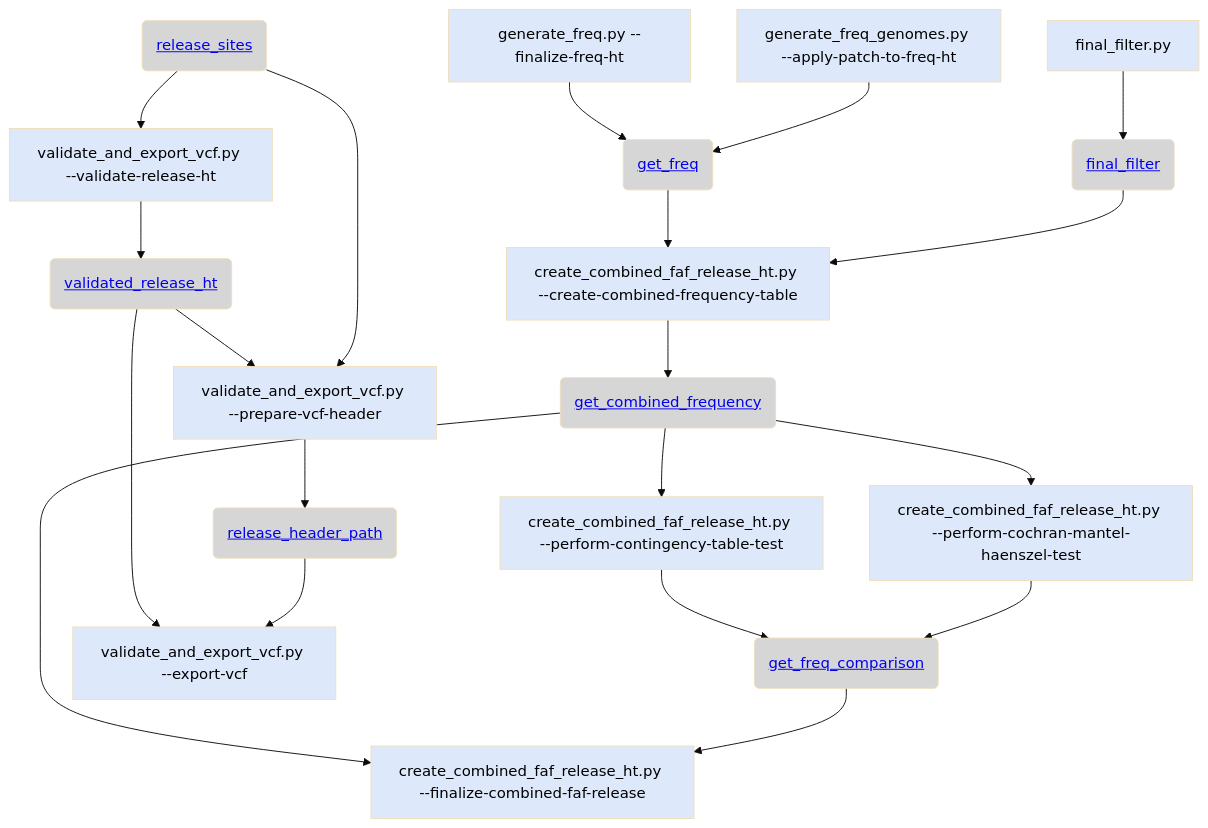
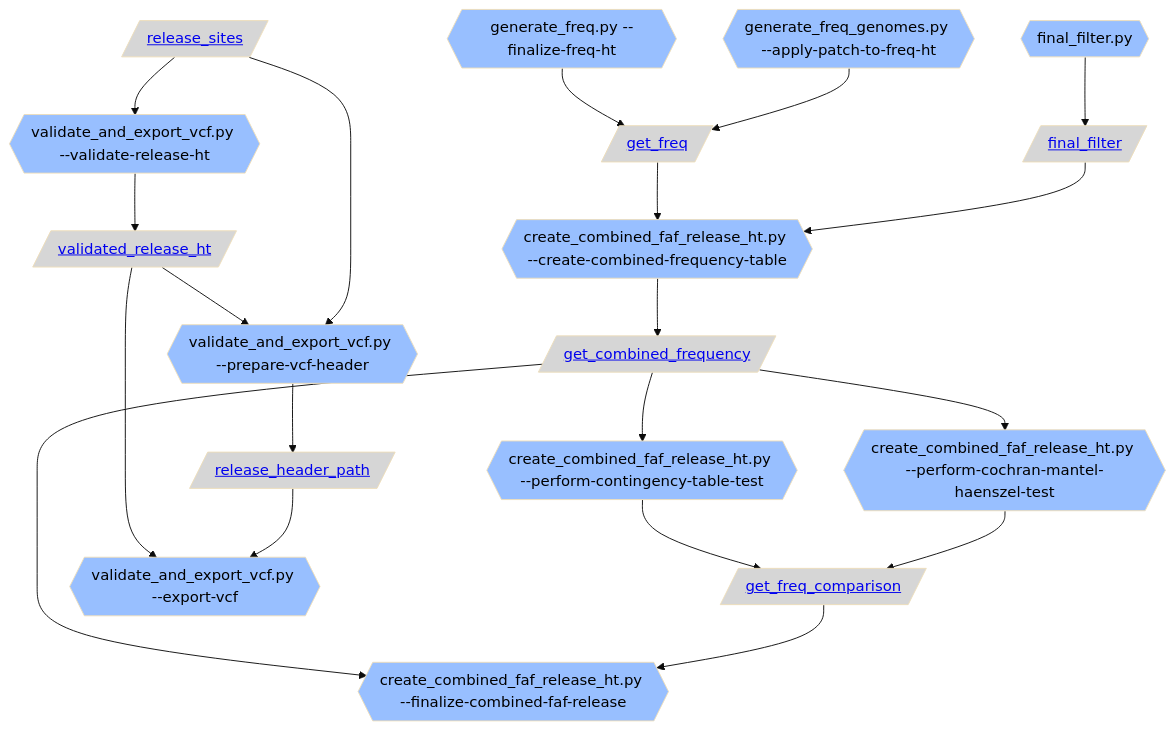
The first of 3 diagrams in gnomad_qc/v4/create_release/README.md (broadinstitute/gnomad_qc), drawn with Mermaid (base theme) before and after one commit. The commit also changed other lines of this file and 4 other files, not shown here.

````diff
--- a/gnomad_qc/v4/create_release/README.md
+++ b/gnomad_qc/v4/create_release/README.md
@@ -2,47 +2,47 @@
 ```mermaid
 flowchart TB;
   classDef script_color fill:#2C5D4A,color:#000000
-  classDef step_color fill:#DDE9FB,color:#000000
+  classDef step_color fill:#98BFFF,color:#000000
   classDef func_color fill:#E0D5E6,color:#000000
   classDef gnomad_methods_color fill:#F9F2CE,color:#000000
   classDef hail_color fill:#FAEACE,color:#000000
   classDef resource_color fill:#D6D6D6,color:#000000
   classDef validity_check_color fill:#2C5D4A,color:#000000
 
-  step_finalize_freq_ht["generate_freq.py --finalize-freq-ht"]:::step_color;
-  resource_get_freq("<a href='https://github.com/broadinstitute/gnomad_qc/tree/main/gnomad_qc/v4/resources/annotations.py#L284'>get_freq</a>"):::resource_color;
-  step_create_combined_frequency_table["create_combined_faf_release_ht.py --create-combined-frequency-table"]:::step_color;
-  step_apply_patch_to_freq_ht["generate_freq_genomes.py --apply-patch-to-freq-ht"]:::step_color;
-  step_final_filter.py["final_filter.py"]:::step_color;
-  resource_final_filter("<a href='https://github.com/broadinstitute/gnomad_qc/tree/main/gnomad_qc/v4/resources/variant_qc.py#L285'>final_filter</a>"):::resource_color;
-  resource_get_combined_frequency("<a href='https://github.com/broadinstitute/gnomad_qc/tree/main/gnomad_qc/v4/resources/annotations.py#L331'>get_combined_frequency</a>"):::resource_color;
-  step_perform_contingency_table_test["create_combined_faf_release_ht.py --perform-contingency-table-test"]:::step_color;
-  step_finalize_combined_faf_release["create_combined_faf_release_ht.py --finalize-combined-faf-release"]:::step_color;
-  resource_get_freq_comparison("<a href='https://github.com/broadinstitute/gnomad_qc/tree/main/gnomad_qc/v4/resources/annotations.py#L352'>get_freq_comparison</a>"):::resource_color;
-  step_perform_cochran_mantel_haenszel_test["create_combined_faf_release_ht.py --perform-cochran-mantel-haenszel-test"]:::step_color;
-  resource_release_sites("<a href='https://github.com/broadinstitute/gnomad_qc/tree/main/gnomad_qc/v4/resources/release.py#L172'>release_sites</a>"):::resource_color;
-  step_validate_release_ht["validate_and_export_vcf.py --validate-release-ht"]:::step_color;
-  resource_validated_release_ht("<a href='https://github.com/broadinstitute/gnomad_qc/tree/main/gnomad_qc/v4/resources/release.py#L384'>validated_release_ht</a>"):::resource_color;
-  step_prepare_vcf_header["validate_and_export_vcf.py --prepare-vcf-header"]:::step_color;
-  step_export_vcf["validate_and_export_vcf.py --export-vcf"]:::step_color;
-  resource_release_header_path("<a href='https://github.com/broadinstitute/gnomad_qc/tree/main/gnomad_qc/v4/resources/release.py#L229'>release_header_path</a>"):::resource_color;
+  step_finalize_freq_ht{{"generate_freq.py --finalize-freq-ht"}}:::step_color;
+  resource_get_freq[/"<a href='https://github.com/broadinstitute/gnomad_qc/tree/main/gnomad_qc/v4/resources/annotations.py#L284'>get_freq</a>"/]:::resource_color;
+  step_create_combined_frequency_table{{"create_combined_faf_release_ht.py --create-combined-frequency-table"}}:::step_color;
+  step_apply_patch_to_freq_ht{{"generate_freq_genomes.py --apply-patch-to-freq-ht"}}:::step_color;
+  step_final_filter.py{{"final_filter.py"}}:::step_color;
+  resource_final_filter[/"<a href='https://github.com/broadinstitute/gnomad_qc/tree/main/gnomad_qc/v4/resources/variant_qc.py#L285'>final_filter</a>"/]:::resource_color;
+  resource_get_combined_frequency[/"<a href='https://github.com/broadinstitute/gnomad_qc/tree/main/gnomad_qc/v4/resources/annotations.py#L331'>get_combined_frequency</a>"/]:::resource_color;
+  step_perform_contingency_table_test{{"create_combined_faf_release_ht.py --perform-contingency-table-test"}}:::step_color;
+  step_finalize_combined_faf_release{{"create_combined_faf_release_ht.py --finalize-combined-faf-release"}}:::step_color;
+  resource_get_freq_comparison[/"<a href='https://github.com/broadinstitute/gnomad_qc/tree/main/gnomad_qc/v4/resources/annotations.py#L352'>get_freq_comparison</a>"/]:::resource_color;
+  step_perform_cochran_mantel_haenszel_test{{"create_combined_faf_release_ht.py --perform-cochran-mantel-haenszel-test"}}:::step_color;
+  resource_release_sites[/"<a href='https://github.com/broadinstitute/gnomad_qc/tree/main/gnomad_qc/v4/resources/release.py#L172'>release_sites</a>"/]:::resource_color;
+  step_validate_release_ht{{"validate_and_export_vcf.py --validate-release-ht"}}:::step_color;
+  resource_validated_release_ht[/"<a href='https://github.com/broadinstitute/gnomad_qc/tree/main/gnomad_qc/v4/resources/release.py#L384'>validated_release_ht</a>"/]:::resource_color;
+  step_prepare_vcf_header{{"validate_and_export_vcf.py --prepare-vcf-header"}}:::step_color;
+  step_export_vcf{{"validate_and_export_vcf.py --export-vcf"}}:::step_color;
+  resource_release_header_path[/"<a href='https://github.com/broadinstitute/gnomad_qc/tree/main/gnomad_qc/v4/resources/release.py#L229'>release_header_path</a>"/]:::resource_color;
   step_finalize_freq_ht --> resource_get_freq;
   resource_get_freq --> step_create_combined_frequency_table;
   step_apply_patch_to_freq_ht --> resource_get_freq;
   step_final_filter.py --> resource_final_filter;
   resource_final_filter --> step_create_combined_frequency_table;
   step_create_combined_frequency_table --> resource_get_combined_frequency;
   resource_get_combined_frequency --> step_perform_contingency_table_test;
   resource_get_combined_frequency --> step_finalize_combined_faf_release;
   step_perform_contingency_table_test --> resource_get_freq_comparison;
   resource_get_freq_comparison --> step_finalize_combined_faf_release;
   step_perform_cochran_mantel_haenszel_test --> resource_get_freq_comparison;
   resource_get_combined_frequency --> step_perform_cochran_mantel_haenszel_test;
   resource_release_sites --> step_validate_release_ht;
   step_validate_release_ht --> resource_validated_release_ht;
   resource_validated_release_ht --> step_prepare_vcf_header;
   resource_release_sites --> step_prepare_vcf_header;
   resource_validated_release_ht --> step_export_vcf;
   step_prepare_vcf_header --> resource_release_header_path;
   resource_release_header_path --> step_export_vcf;
 ```
````
